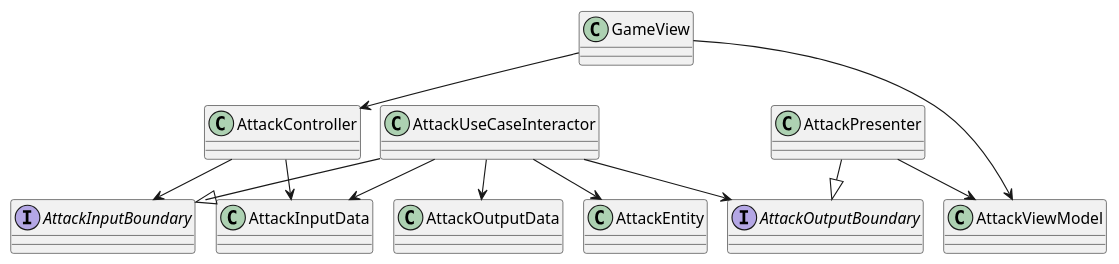
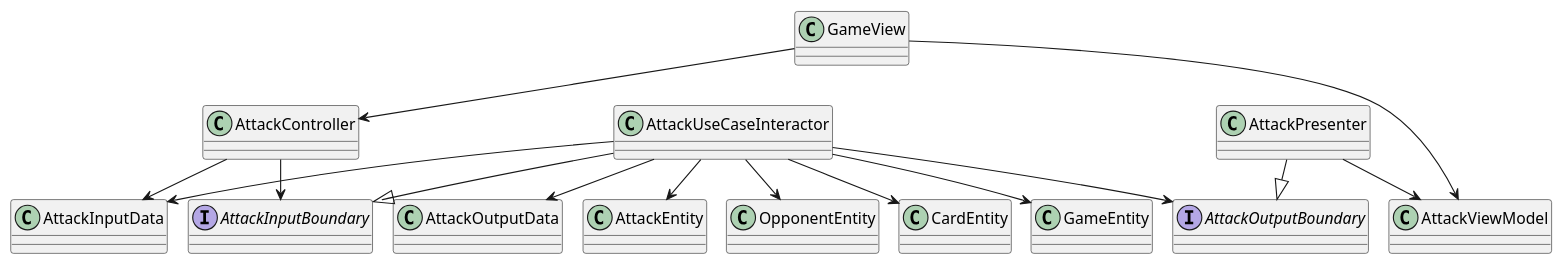
One commit to calebji123/Weather-Warriors changed the diagram in AttackUseCase.puml. Above: the diagram before and after it, drawn with PlantUML.

Commit message:
updated use case diagram

```diff
--- a/AttackUseCase.puml
+++ b/AttackUseCase.puml
@@ -1,47 +1,50 @@
 @startuml
 !pragma layout smetana
 
 class GameView
 
 class AttackController
 
 interface AttackInputBoundary
 
 class AttackInputData
 
 class AttackUseCaseInteractor
 
 class AttackOutputData
 
 interface AttackOutputBoundary
 
 class AttackPresenter
 
 class AttackViewModel
 
 class AttackEntity
 
-GameView --> AttackController
-GameView --> AttackViewModel
+GameView -down-> AttackController
+GameView -down-> AttackViewModel
 
 AttackController --> AttackInputBoundary
 
 AttackController --> AttackInputData
 
 AttackUseCaseInteractor --|> AttackInputBoundary
 
 AttackUseCaseInteractor --> AttackInputData
 
 AttackUseCaseInteractor --> AttackOutputBoundary
 
 AttackUseCaseInteractor --> AttackOutputData
 
 AttackUseCaseInteractor --> AttackEntity
+AttackUseCaseInteractor --> OpponentEntity
+AttackUseCaseInteractor --> CardEntity
+AttackUseCaseInteractor --> GameEntity
 
 AttackPresenter --|> AttackOutputBoundary
 
 AttackPresenter --> AttackViewModel
 
 
 
 @enduml
```
